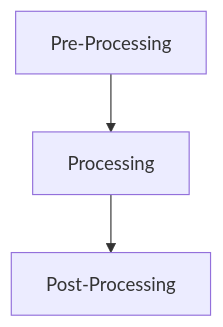
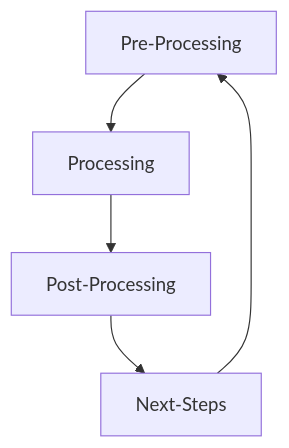
One commit to naresh1012/CFD-Projects changed the diagram in README.md. Above: the diagram before and after it, drawn with Mermaid. The commit also changed other lines of this file, not shown here.

````diff
--- a/README.md
+++ b/README.md
@@ -35,5 +36,8 @@
 ```mermaid
 graph TD;
     Pre-Processing-->Processing;
     Processing-->Post-Processing;
+    Post-Processing-->Next-Steps;
+    Next-Steps-->Pre-Processing;
+    
 ```
````
